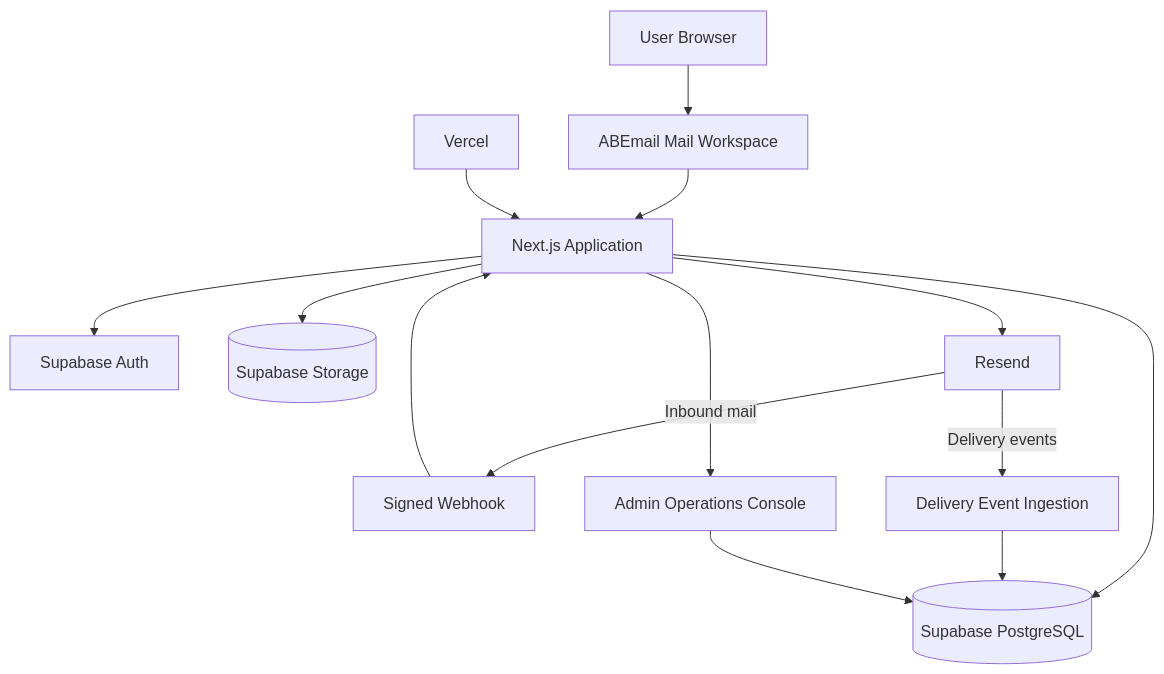
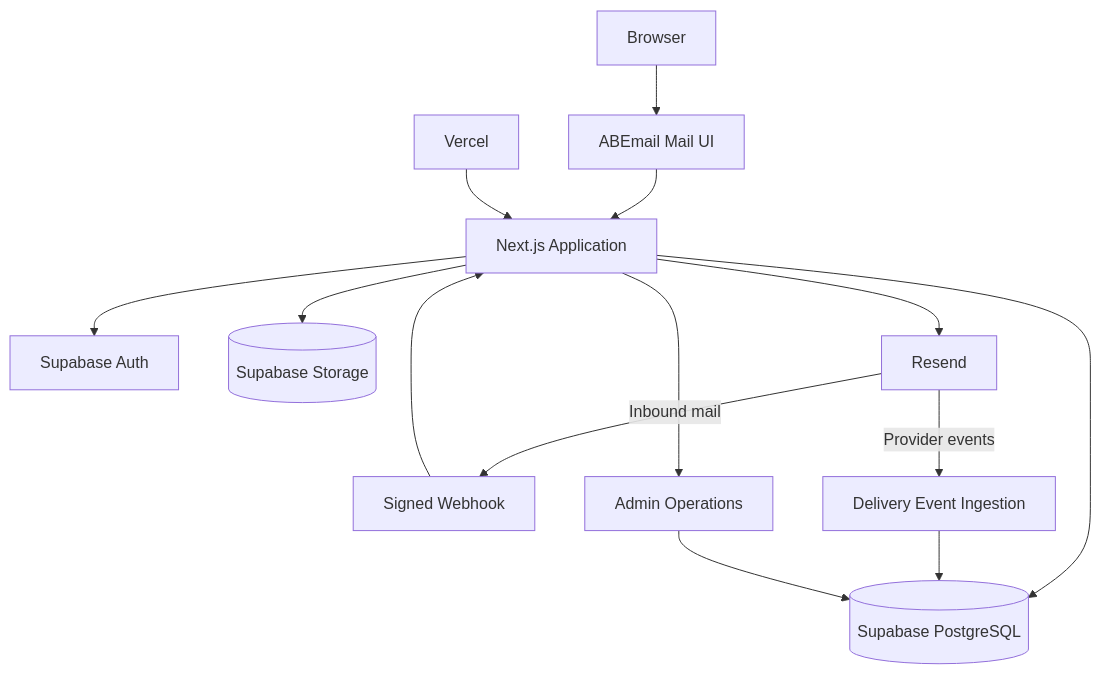
Before and after one commit to gODtECH-Ctl-Create/ABEmail-Mail: the diagram in README.md, drawn with Mermaid. The commit also changed other lines of this file, not shown here.

Commit message:
docs: redesign ABEmail README with animated product experience

````diff
--- a/README.md
+++ b/README.md
@@ -165,21 +180,21 @@
 ```mermaid
 graph TD
-    U[User Browser] --> A[ABEmail Mail Workspace]
-    A --> N[Next.js Application]
+    B[Browser] --> U[ABEmail Mail UI]
+    U --> N[Next.js Application]
 
-    N --> S[Supabase Auth]
+    N --> A[Supabase Auth]
     N --> DB[(Supabase PostgreSQL)]
     N --> ST[(Supabase Storage)]
     N --> R[Resend]
 
     R -->|Inbound mail| W[Signed Webhook]
     W --> N
 
-    R -->|Delivery events| D[Delivery Event Ingestion]
-    D --> DB
+    R -->|Provider events| E[Delivery Event Ingestion]
+    E --> DB
 
-    N --> O[Admin Operations Console]
+    N --> O[Admin Operations]
     O --> DB
 
     V[Vercel] --> N
 ```
````
